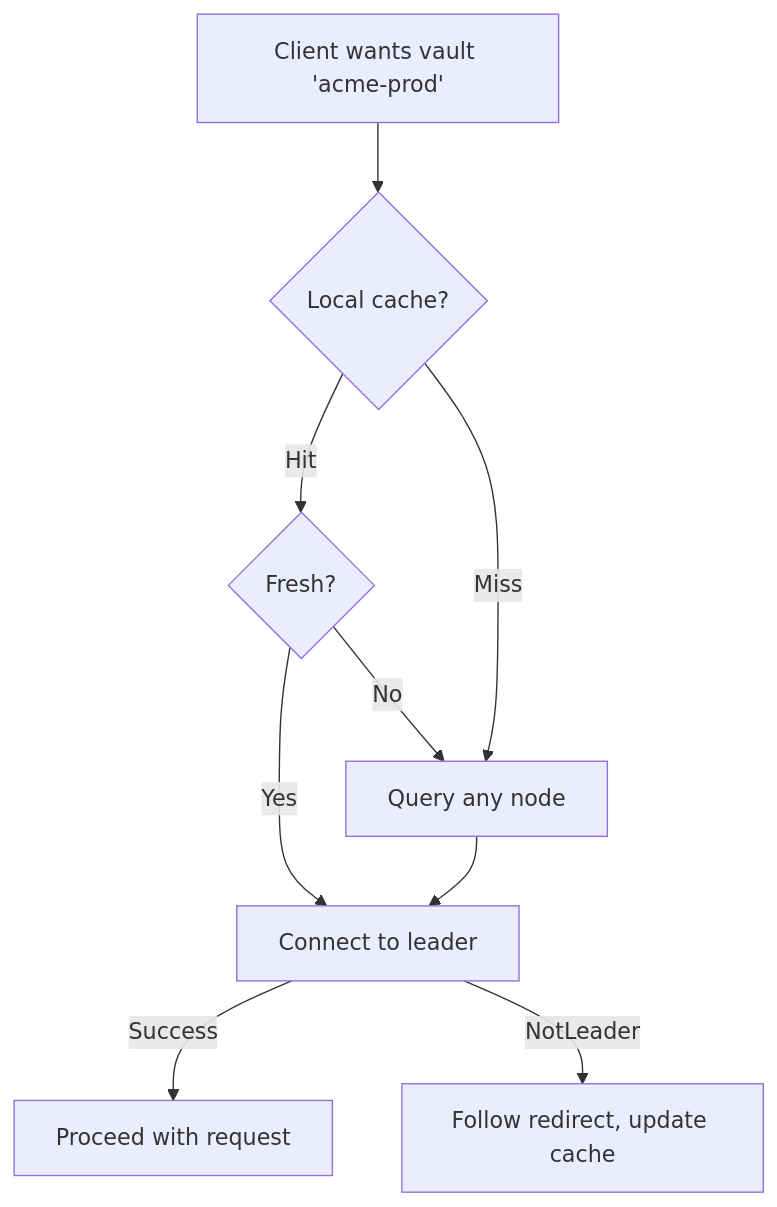
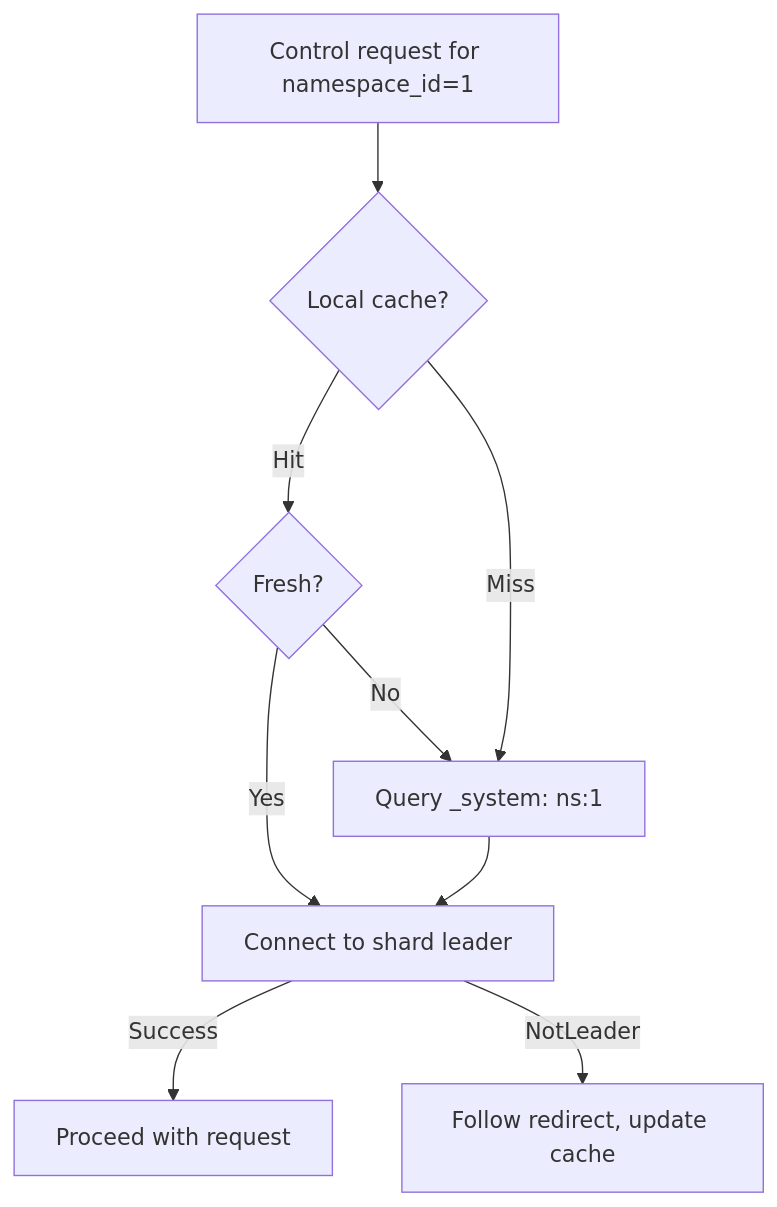
One commit to inferadb/ledger changed the ninth of 11 diagrams in DESIGN.md. Above: the diagram before and after it, drawn with Mermaid. The commit also changed other lines of this file and 2 other files, not shown here.

````diff
--- a/DESIGN.md
+++ b/DESIGN.md
@@ -1534,19 +2171,19 @@
 ```mermaid
 flowchart TD
-    start["Client wants vault 'acme-prod'"]
+    start["Control request for namespace_id=1"]
     cache{"Local cache?"}
     fresh{"Fresh?"}
-    lookup["Query any node"]
-    connect["Connect to leader"]
+    lookup["Query _system: ns:1"]
+    connect["Connect to shard leader"]
     success["Proceed with request"]
     redirect["Follow redirect, update cache"]
 
     start --> cache
     cache -->|Hit| fresh
     cache -->|Miss| lookup
     fresh -->|Yes| connect
     fresh -->|No| lookup
     lookup --> connect
     connect -->|Success| success
     connect -->|NotLeader| redirect
 ```
````
